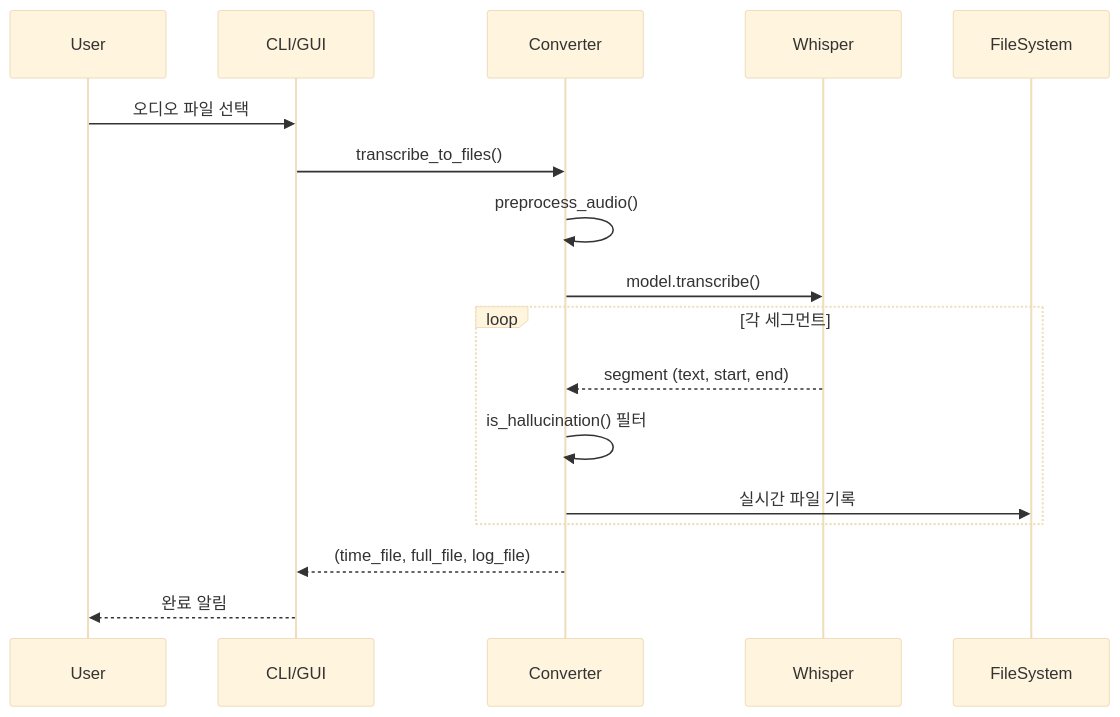
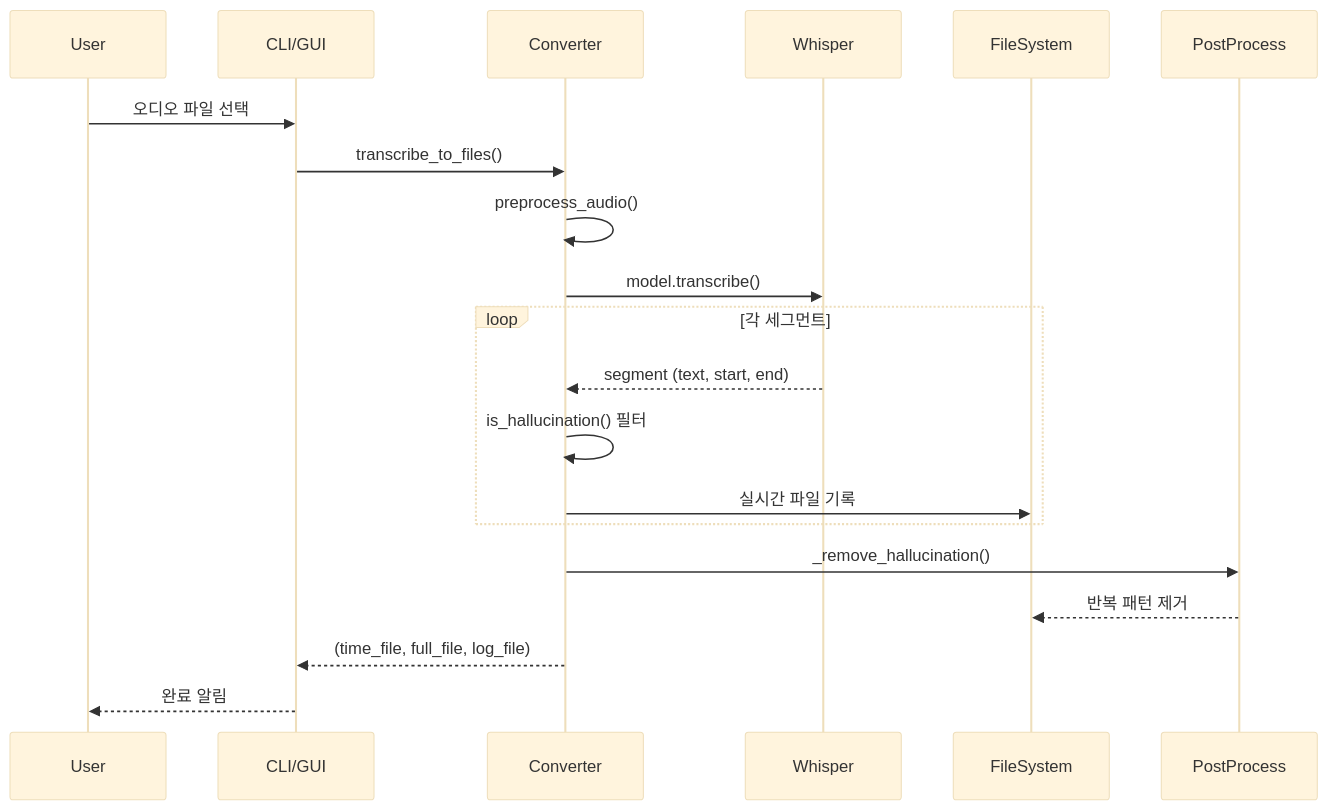
Before and after one commit to YeonHongMin/mp3m4a-to-text: the first of 2 diagrams in docs/2_TRD.md, drawn with Mermaid (base theme). The commit also changed other lines of this file and 12 other files, not shown here.

````diff
--- a/docs/2_TRD.md
+++ b/docs/2_TRD.md
@@ -85,20 +123,23 @@
 ```mermaid
 sequenceDiagram
     participant User
     participant CLI/GUI
     participant Converter
     participant Whisper
     participant FileSystem
+    participant PostProcess
 
     User->>CLI/GUI: 오디오 파일 선택
     CLI/GUI->>Converter: transcribe_to_files()
     Converter->>Converter: preprocess_audio()
     Converter->>Whisper: model.transcribe()
     loop 각 세그먼트
         Whisper-->>Converter: segment (text, start, end)
         Converter->>Converter: is_hallucination() 필터
         Converter->>FileSystem: 실시간 파일 기록
     end
+    Converter->>PostProcess: _remove_hallucination()
+    PostProcess-->>FileSystem: 반복 패턴 제거
     Converter-->>CLI/GUI: (time_file, full_file, log_file)
     CLI/GUI-->>User: 완료 알림
 ```
````
